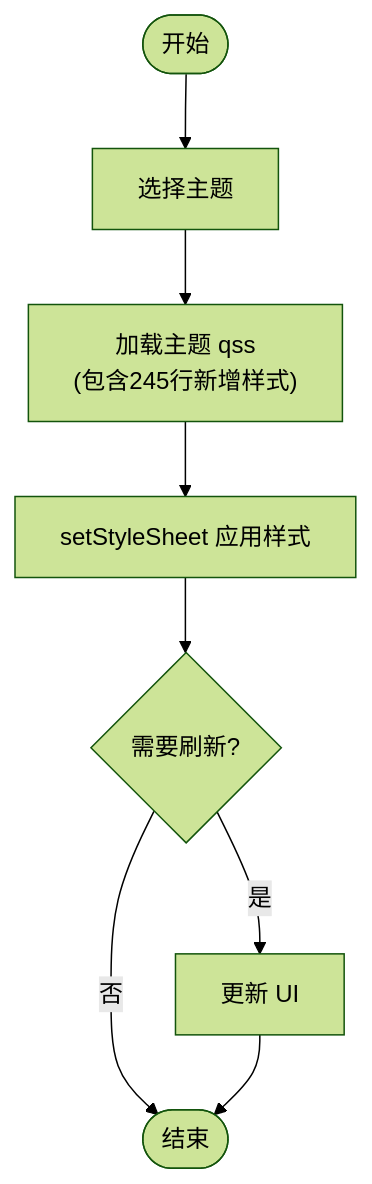
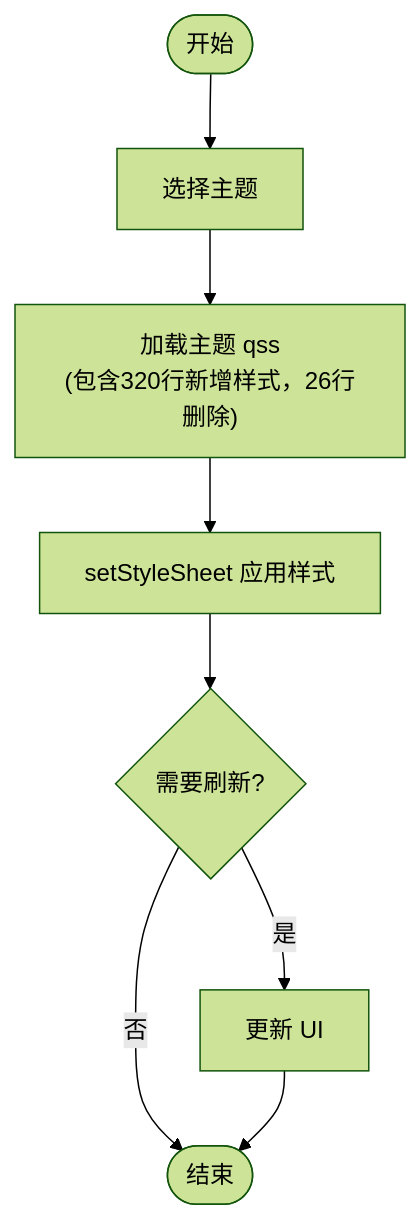
The fourth of 4 diagrams in .qoder/repowiki/zh/content/样式系统.md (jakecai1225-design/OpenBus), drawn with Mermaid (forest theme) before and after one commit. The commit also changed other lines of this file and 44 other files, not shown here.

````diff
--- a/.qoder/repowiki/zh/content/样式系统.md
+++ b/.qoder/repowiki/zh/content/样式系统.md
@@ -299,10 +299,10 @@
 ```mermaid
 flowchart TD
 Start(["开始"]) --> SelectTheme["选择主题"]
-SelectTheme --> LoadQSS["加载主题 qss<br/>(包含245行新增样式)"]
+SelectTheme --> LoadQSS["加载主题 qss<br/>(包含320行新增样式，26行删除)"]
 LoadQSS --> Apply["setStyleSheet 应用样式"]
 Apply --> Refresh{"需要刷新?"}
 Refresh --> |是| UpdateUI["更新 UI"]
 Refresh --> |否| End(["结束"])
 UpdateUI --> End
 ```
````
